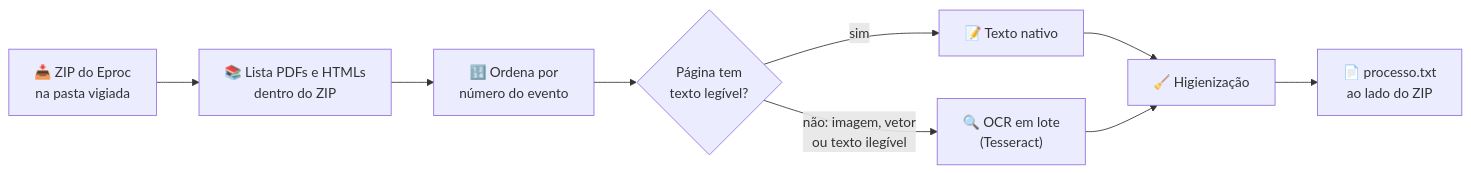
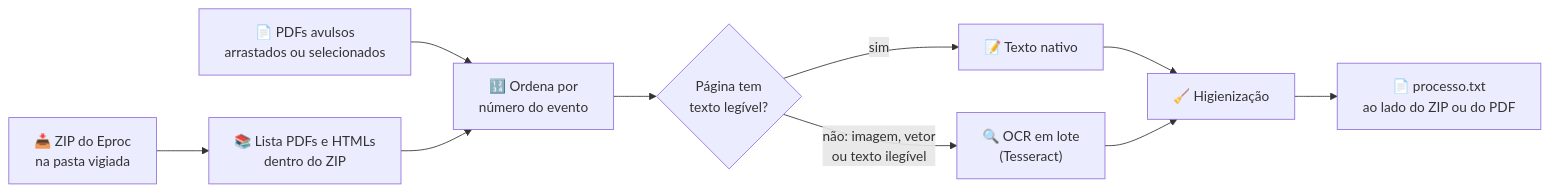
The diagram in README.md (jonyduque/eprocia), drawn with Mermaid before and after one commit. The commit also changed other lines of this file and 2 other files, not shown here.

First line of the commit message:
docs: PDF avulso no README e no CLAUDE.md

````diff
--- a/README.md
+++ b/README.md
@@ -97,11 +98,12 @@
 ```mermaid
 flowchart LR
     A["📥 ZIP do Eproc<br>na pasta vigiada"] --> B["📚 Lista PDFs e HTMLs<br>dentro do ZIP"]
+    A2["📄 PDFs avulsos<br>arrastados ou selecionados"] --> C
     B --> C["🔢 Ordena por<br>número do evento"]
     C --> D{"Página tem<br>texto legível?"}
     D -- sim --> E["📝 Texto nativo"]
     D -- "não: imagem, vetor<br>ou texto ilegível" --> F["🔍 OCR em lote<br>(Tesseract)"]
     E --> G["🧹 Higienização"]
     F --> G
-    G --> H["📄 processo.txt<br>ao lado do ZIP"]
+    G --> H["📄 processo.txt<br>ao lado do ZIP ou do PDF"]
 ```
````
